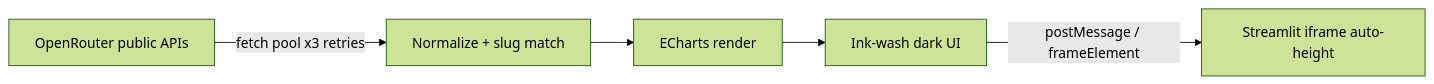
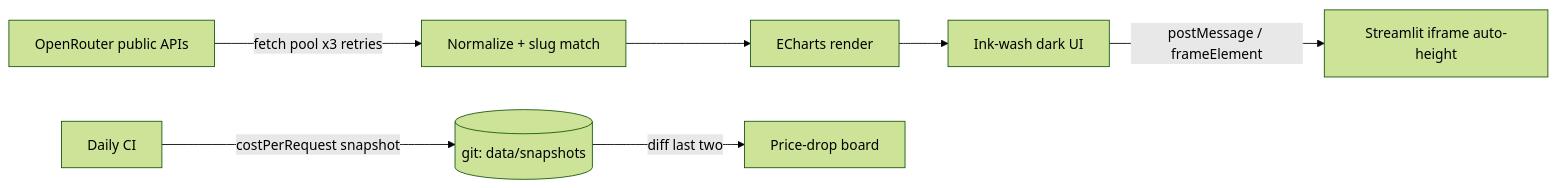
Before and after one commit to Mocas-12/ai-model-rankings: the diagram in README.md, drawn with Mermaid (forest theme). The commit also changed other lines of this file and 14 other files, not shown here.

````diff
--- a/README.md
+++ b/README.md
@@ -53,7 +56,9 @@
 ```mermaid
 flowchart LR
     A[OpenRouter public APIs] -->|fetch pool x3 retries| B[Normalize + slug match]
     B --> C[ECharts render]
     C --> D[Ink-wash dark UI]
     D -->|postMessage / frameElement| E[Streamlit iframe auto-height]
+    F[Daily CI] -->|costPerRequest snapshot| G[(git: data/snapshots)]
+    G -->|diff last two| H[Price-drop board]
 ```
````
